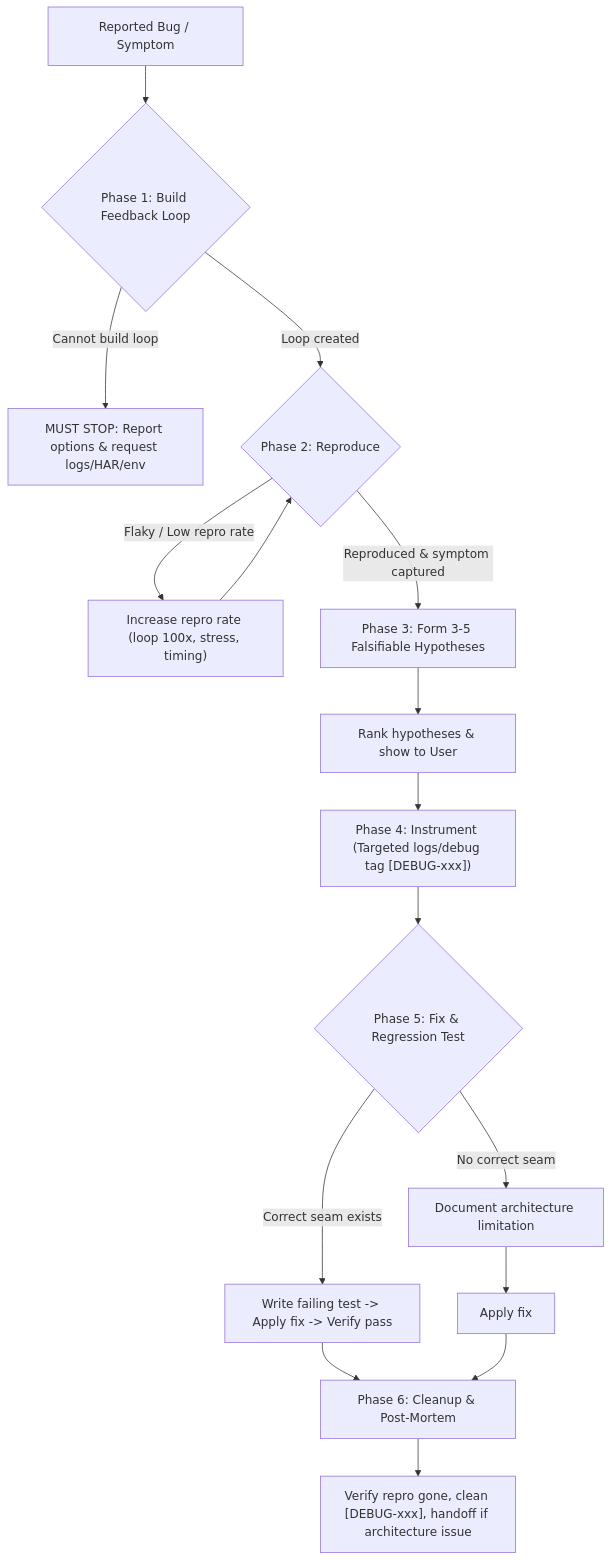
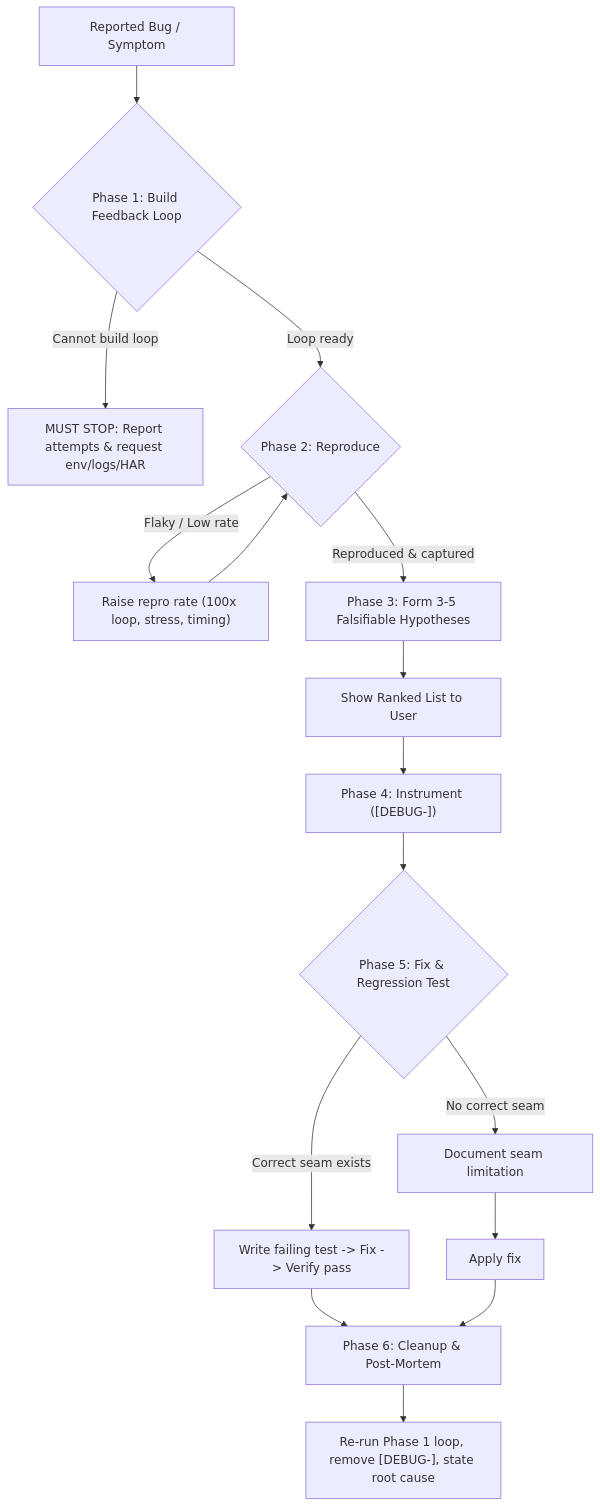
The diagram in engineering/diagnose/SKILL.md (loerei/myskills), drawn with Mermaid before and after one commit. The commit also changed other lines of this file, not shown here.

````diff
--- a/engineering/diagnose/SKILL.md
+++ b/engineering/diagnose/SKILL.md
@@ -14,16 +12,15 @@
 ```mermaid
 flowchart TD
     Start["Reported Bug / Symptom"] --> P1{"Phase 1: Build Feedback Loop"}
-    P1 -->|"Cannot build loop"| StopP1["MUST STOP: Report options & request logs/HAR/env"]
-    P1 -->|"Loop created"| P2{"Phase 2: Reproduce"}
-    P2 -->|"Flaky / Low repro rate"| StressLoop["Increase repro rate (loop 100x, stress, timing)"] --> P2
-    P2 -->|"Reproduced & symptom captured"| P3["Phase 3: Form 3-5 Falsifiable Hypotheses"]
-    P3 --> RankShow["Rank hypotheses & show to User"]
-    RankShow --> P4["Phase 4: Instrument (Targeted logs/debug tag [DEBUG-xxx])"]
+    P1 -->|"Cannot build loop"| StopP1["MUST STOP: Report attempts & request env/logs/HAR"]
+    P1 -->|"Loop ready"| P2{"Phase 2: Reproduce"}
+    P2 -->|"Flaky / Low rate"| Stress["Raise repro rate (100x loop, stress, timing)"] --> P2
+    P2 -->|"Reproduced & captured"| P3["Phase 3: Form 3-5 Falsifiable Hypotheses"]
+    P3 --> Show["Show Ranked List to User"] --> P4["Phase 4: Instrument ([DEBUG-<id>])"]
     P4 --> P5{"Phase 5: Fix & Regression Test"}
-    P5 -->|"Correct seam exists"| FailingTest["Write failing test -> Apply fix -> Verify pass"]
-    P5 -->|"No correct seam"| DocumentSeam["Document architecture limitation"] --> ApplyFix["Apply fix"]
-    FailingTest --> P6["Phase 6: Cleanup & Post-Mortem"]
-    ApplyFix --> P6
-    P6 --> Verification["Verify repro gone, clean [DEBUG-xxx], handoff if architecture issue"]
+    P5 -->|"Correct seam exists"| TestFix["Write failing test -> Fix -> Verify pass"]
+    P5 -->|"No correct seam"| DocSeam["Document seam limitation"] --> FixOnly["Apply fix"]
+    TestFix --> P6["Phase 6: Cleanup & Post-Mortem"]
+    FixOnly --> P6
+    P6 --> Verify["Re-run Phase 1 loop, remove [DEBUG-<id>], state root cause"]
 ```
````
